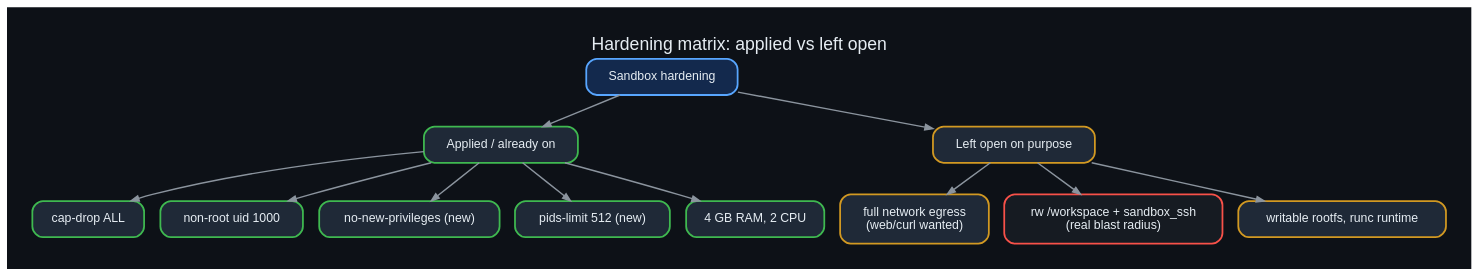
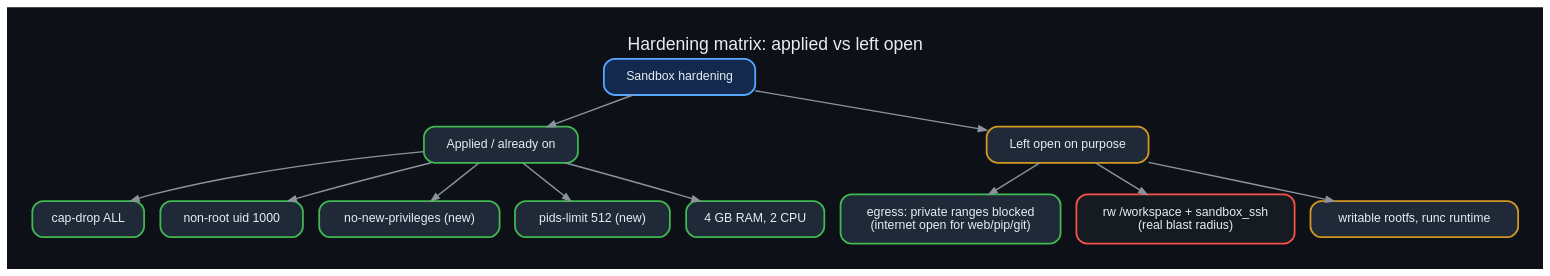
The diagram in diagrams/21_hardening_matrix.dot (danindiana/hermes-web-search-ddgs), drawn with Graphviz before and after one commit. The commit also changed 23 other files, not shown here.

Commit message:
Apply and document sandbox egress policy (dedicated network, DOCKER-USER chain, systemd unit); diagrams 39-42

```diff
--- a/diagrams/21_hardening_matrix.dot
+++ b/diagrams/21_hardening_matrix.dot
@@ -1,13 +1,14 @@
 digraph g {
 graph [bgcolor="#0d1117", rankdir=LR, fontname="Helvetica", fontcolor="#e6edf3", labelloc="t", fontsize=20, pad=0.4];
 node  [fontname="Helvetica", fontcolor="#e6edf3", color="#30363d", style="filled,rounded", shape=box, penwidth=2, margin="0.25,0.18", fillcolor="#161b22"];
 edge  [color="#8b949e", fontname="Helvetica", fontcolor="#adbac7", penwidth=1.6, arrowsize=0.9];
 label="Hardening matrix: applied vs left open";
 rankdir=TB;
 h [label="Sandbox hardening", color="#58a6ff", fillcolor="#13294d"];
 ap [label="Applied / already on", color="#3fb950", fillcolor="#1f2937"];
 lo [label="Left open on purpose", color="#d29922", fillcolor="#1f2937"];
 a1 [label="cap-drop ALL", color="#3fb950", fillcolor="#1f2937"]; a2 [label="non-root uid 1000", color="#3fb950", fillcolor="#1f2937"]; a3 [label="no-new-privileges (new)", color="#3fb950", fillcolor="#1f2937"]; a4 [label="pids-limit 512 (new)", color="#3fb950", fillcolor="#1f2937"]; a5 [label="4 GB RAM, 2 CPU", color="#3fb950", fillcolor="#1f2937"];
-l1 [label="full network egress\n(web/curl wanted)", color="#d29922", fillcolor="#1f2937"]; l2 [label="rw /workspace + sandbox_ssh\n(real blast radius)", color="#f85149"]; l3 [label="writable rootfs, runc runtime", color="#d29922", fillcolor="#1f2937"];
+l1 [label="egress: private ranges blocked
+(internet open for web/pip/git)", color="#3fb950", fillcolor="#1f2937"]; l2 [label="rw /workspace + sandbox_ssh\n(real blast radius)", color="#f85149"]; l3 [label="writable rootfs, runc runtime", color="#d29922", fillcolor="#1f2937"];
 h->ap; h->lo; ap->a1; ap->a2; ap->a3; ap->a4; ap->a5; lo->l1; lo->l2; lo->l3;
 }
```
